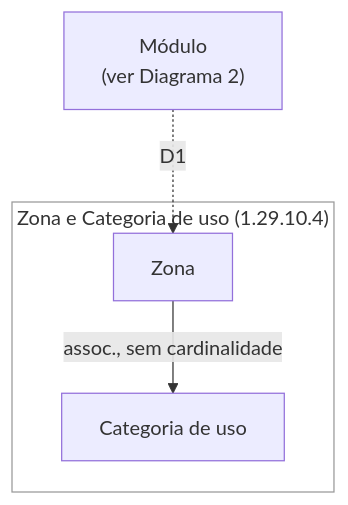
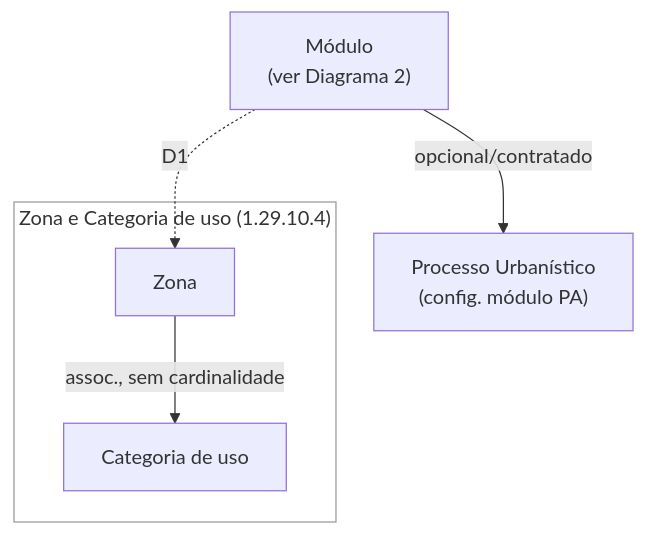
The third of 6 diagrams in QA Workspace/02 Demandas/DEV/SGV-11262 - [QA-Automação] Termo de Referência SOGOV/SGV-12082 - Mapeamento de atores e modelo do preset do TR/01 Modelo do preset/04 - Modelo-alvo dos dados do preset.md (RafaCartaxo/brainwork), drawn with Mermaid before and after one commit. The commit also changed other lines of this file, not shown here.

````diff
--- a/QA Workspace/02 Demandas/DEV/SGV-11262 - [QA-Automação] Termo de Referência SOGOV/SGV-12082 - Mapeamento de atores e modelo do preset do TR/01 Modelo do preset/04 - Modelo-alvo dos dados do preset.md
+++ b/QA Workspace/02 Demandas/DEV/SGV-11262 - [QA-Automação] Termo de Referência SOGOV/SGV-12082 - Mapeamento de atores e modelo do preset do TR/01 Modelo do preset/04 - Modelo-alvo dos dados do preset.md
@@ -98,13 +95,15 @@
 ```mermaid
 flowchart TB
     Modulo["Módulo<br/>(ver Diagrama 2)"]
+    ProcessoUrb["Processo Urbanístico<br/>(config. módulo PA)"]
     subgraph Zoneamento["Zona e Categoria de uso (1.29.10.4)"]
         Zona["Zona"]
         CategoriaUso["Categoria de uso"]
     end
 
+    Modulo -->|"opcional/contratado"| ProcessoUrb
     Modulo -.->|"D1"| Zona
     Zona -->|"assoc., sem cardinalidade"| CategoriaUso
 
     style Zoneamento fill:none,stroke:#999999,stroke-width:1px
 ```
````
